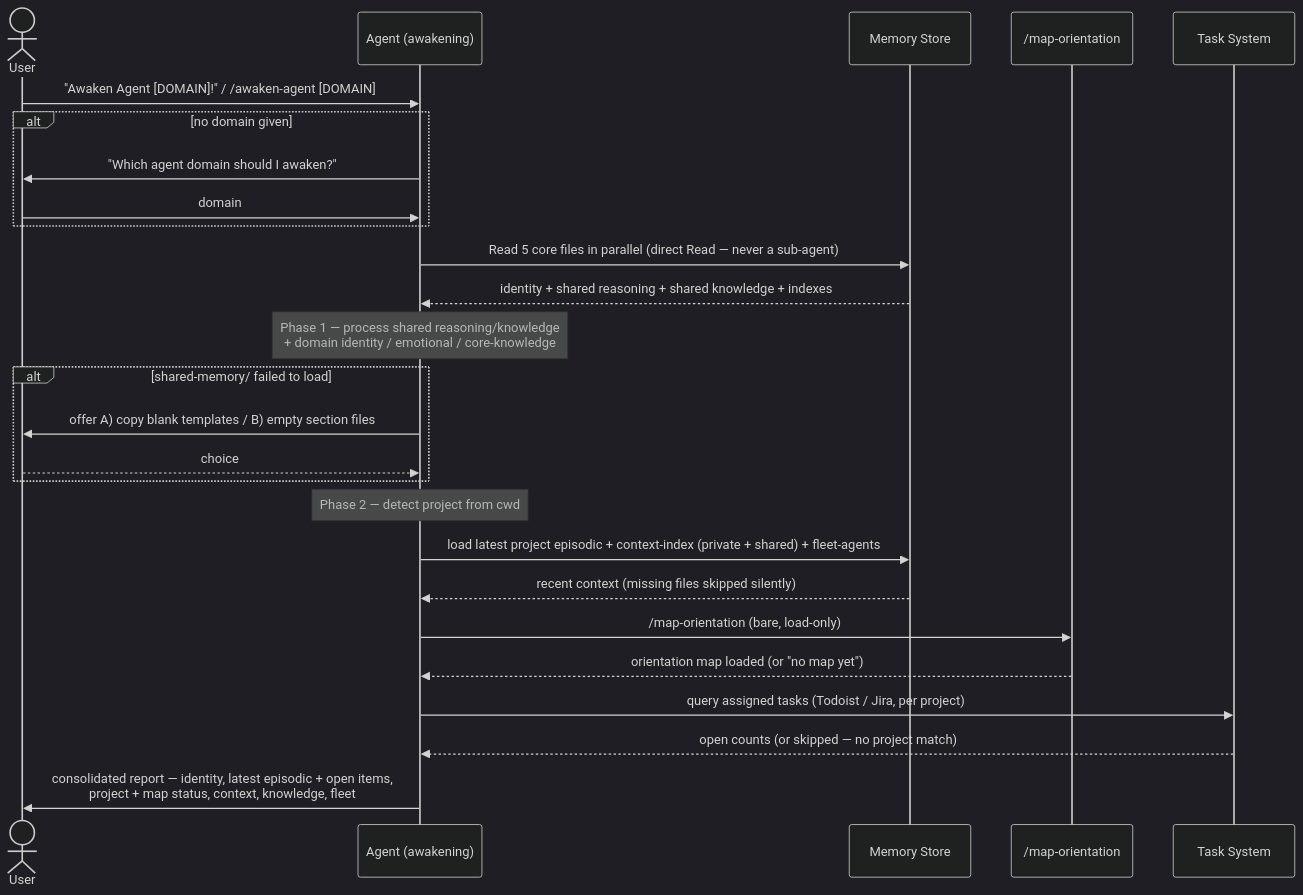
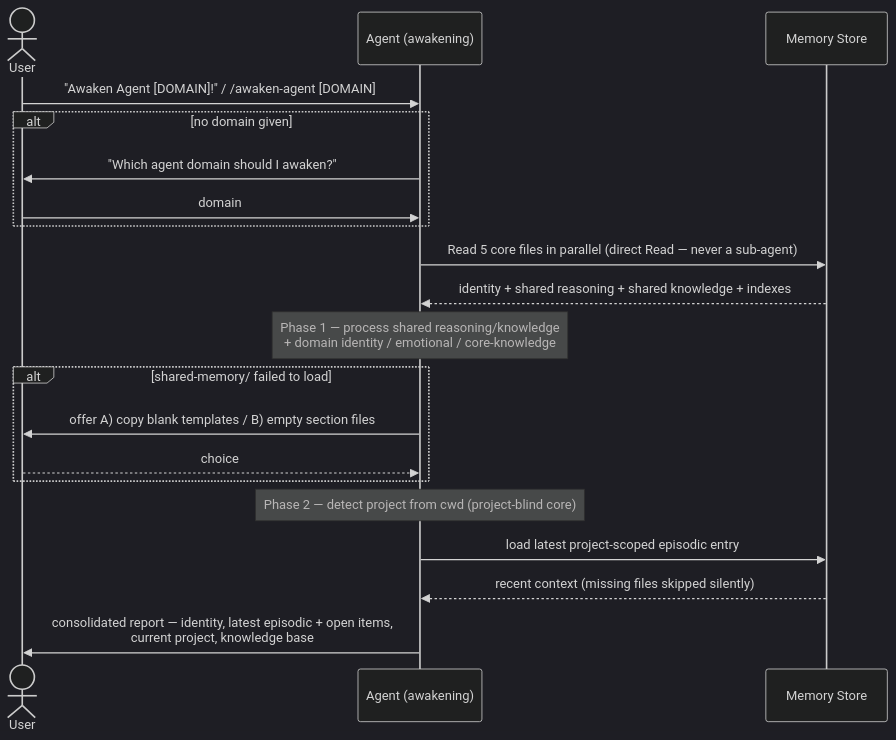
Before and after one commit to alvseek/agent-memory-system: the diagram in docs/flows/awaken-agent.md, drawn with Mermaid (dark theme). The commit also changed other lines of this file and 21 other files, not shown here.

First line of the commit message:
Make the memory core project-blind: move project-context + fleet ops to the overlay

````diff
--- a/docs/flows/awaken-agent.md
+++ b/docs/flows/awaken-agent.md
@@ -16,33 +18,27 @@
 ```mermaid
 sequenceDiagram
     actor User
     participant Agent as Agent (awakening)
     participant Mem as Memory Store
-    participant Map as /map-orientation
-    participant Task as Task System
 
     User->>Agent: "Awaken Agent [DOMAIN]!" / /awaken-agent [DOMAIN]
     alt no domain given
         Agent->>User: "Which agent domain should I awaken?"
         User->>Agent: domain
     end
 
     Agent->>Mem: Read 5 core files in parallel (direct Read — never a sub-agent)
     Mem-->>Agent: identity + shared reasoning + shared knowledge + indexes
 
     Note over Agent: Phase 1 — process shared reasoning/knowledge<br/>+ domain identity / emotional / core-knowledge
     alt shared-memory/ failed to load
         Agent->>User: offer A) copy blank templates / B) empty section files
         User-->>Agent: choice
     end
 
-    Note over Agent: Phase 2 — detect project from cwd
-    Agent->>Mem: load latest project episodic + context-index (private + shared) + fleet-agents
+    Note over Agent: Phase 2 — detect project from cwd (project-blind core)
+    Agent->>Mem: load latest project-scoped episodic entry
     Mem-->>Agent: recent context (missing files skipped silently)
-    Agent->>Map: /map-orientation (bare, load-only)
-    Map-->>Agent: orientation map loaded (or "no map yet")
-    Agent->>Task: query assigned tasks (Todoist / Jira, per project)
-    Task-->>Agent: open counts (or skipped — no project match)
 
-    Agent->>User: consolidated report — identity, latest episodic + open items,<br/>project + map status, context, knowledge, fleet
+    Agent->>User: consolidated report — identity, latest episodic + open items,<br/>current project, knowledge base
 ```
````
